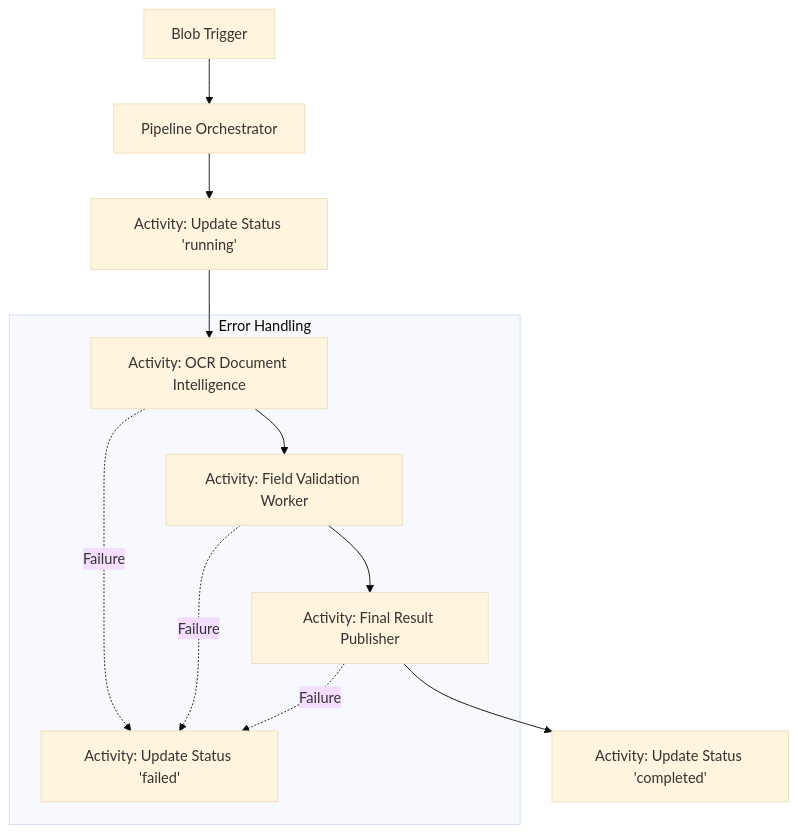
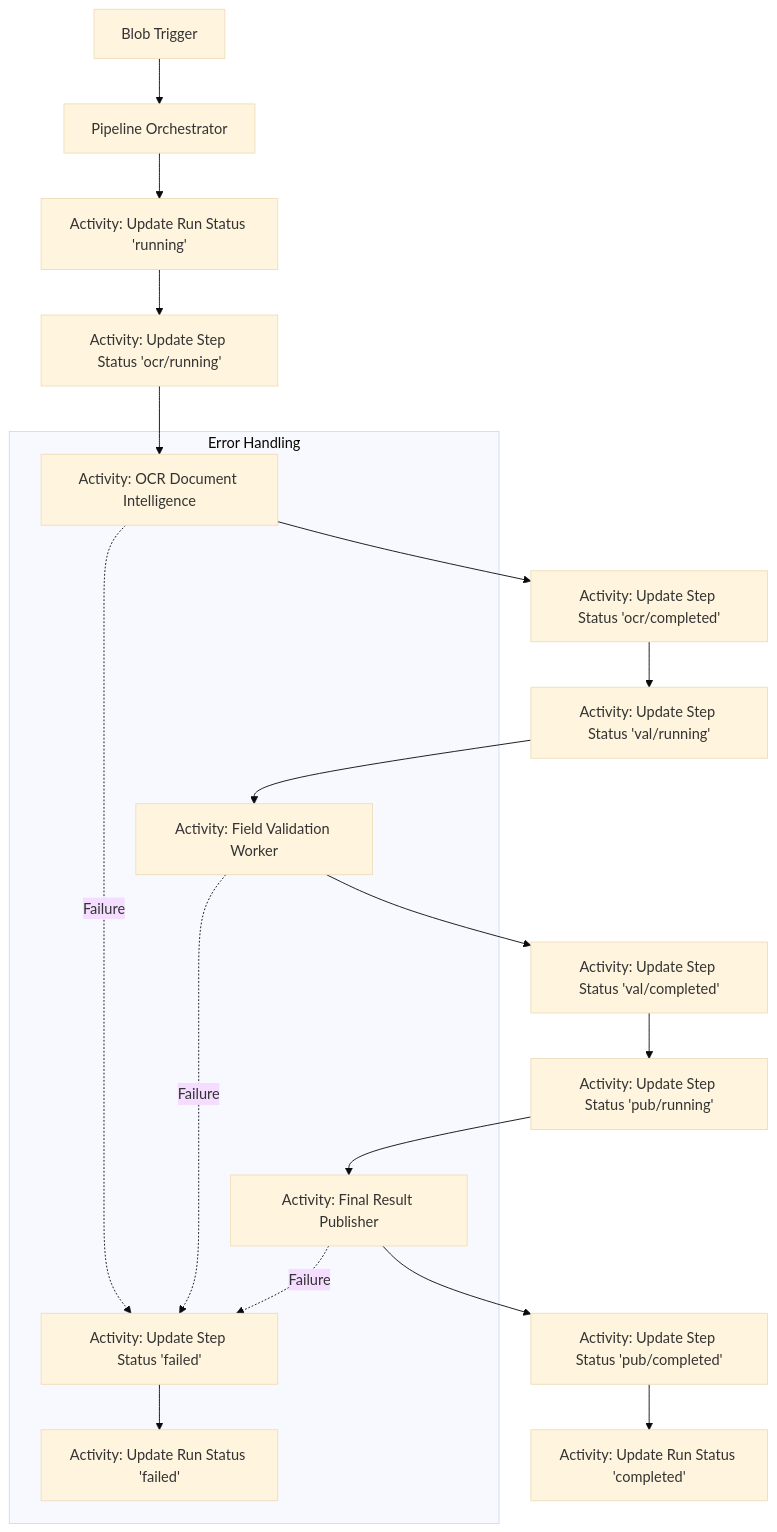
One commit to wildersa/azure_ref_kit changed the diagram in building-blocks/pipelines/durable-basic-pipeline/README.md. Above: the diagram before and after it, drawn with Mermaid (base theme). The commit also changed other lines of this file and 5 other files, not shown here.

````diff
--- a/building-blocks/pipelines/durable-basic-pipeline/README.md
+++ b/building-blocks/pipelines/durable-basic-pipeline/README.md
@@ -9,15 +9,26 @@
 ```mermaid
 flowchart TD
     Trigger[Blob Trigger] --> Orchestrator[Pipeline Orchestrator]
-    Orchestrator --> Init[Activity: Update Status 'running']
-    Init --> OCR[Activity: OCR Document Intelligence]
-    OCR --> Val[Activity: Field Validation Worker]
-    Val --> Pub[Activity: Final Result Publisher]
-    Pub --> Final[Activity: Update Status 'completed']
+    Orchestrator --> Init[Activity: Update Run Status 'running']
+
+    Init --> Step1Start[Activity: Update Step Status 'ocr/running']
+    Step1Start --> OCR[Activity: OCR Document Intelligence]
+    OCR --> Step1End[Activity: Update Step Status 'ocr/completed']
+
+    Step1End --> Step2Start[Activity: Update Step Status 'val/running']
+    Step2Start --> Val[Activity: Field Validation Worker]
+    Val --> Step2End[Activity: Update Step Status 'val/completed']
+
+    Step2End --> Step3Start[Activity: Update Step Status 'pub/running']
+    Step3Start --> Pub[Activity: Final Result Publisher]
+    Pub --> Step3End[Activity: Update Step Status 'pub/completed']
+
+    Step3End --> Final[Activity: Update Run Status 'completed']
 
     subgraph Error Handling
-        OCR -.->|Failure| Fail[Activity: Update Status 'failed']
-        Val -.->|Failure| Fail
-        Pub -.->|Failure| Fail
+        OCR -.->|Failure| StepFail[Activity: Update Step Status 'failed']
+        Val -.->|Failure| StepFail
+        Pub -.->|Failure| StepFail
+        StepFail --> Fail[Activity: Update Run Status 'failed']
     end
 ```
````
